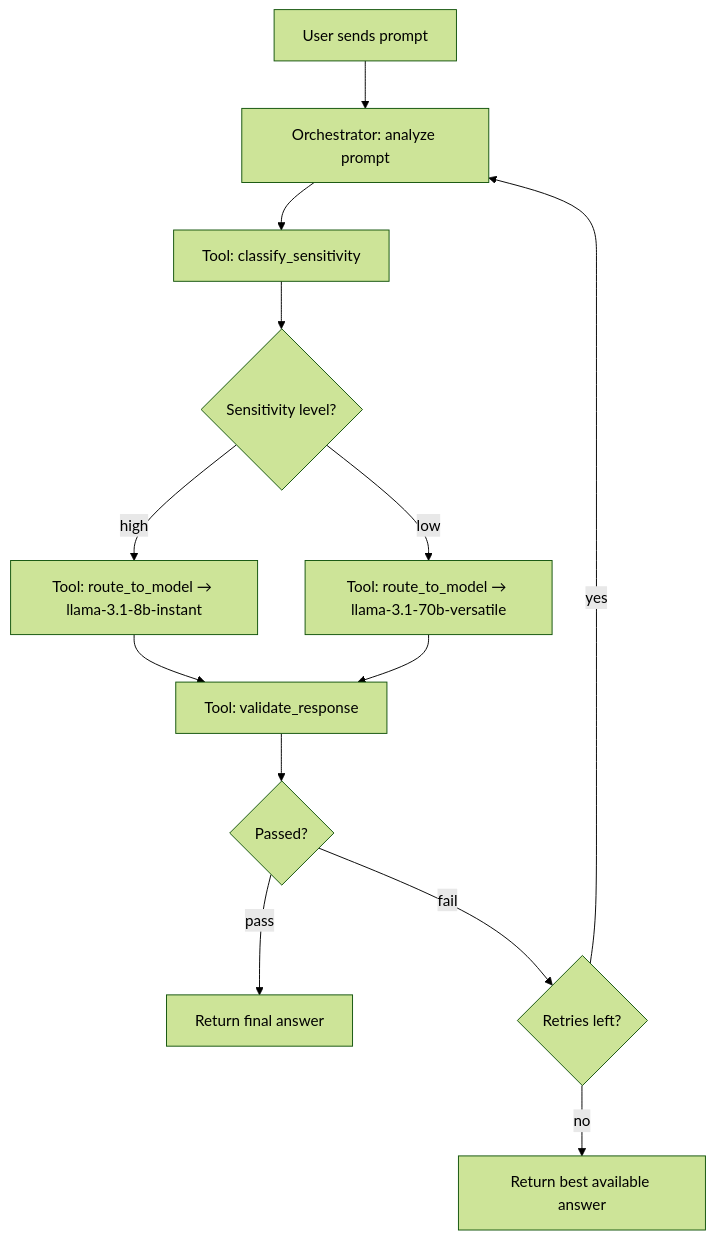
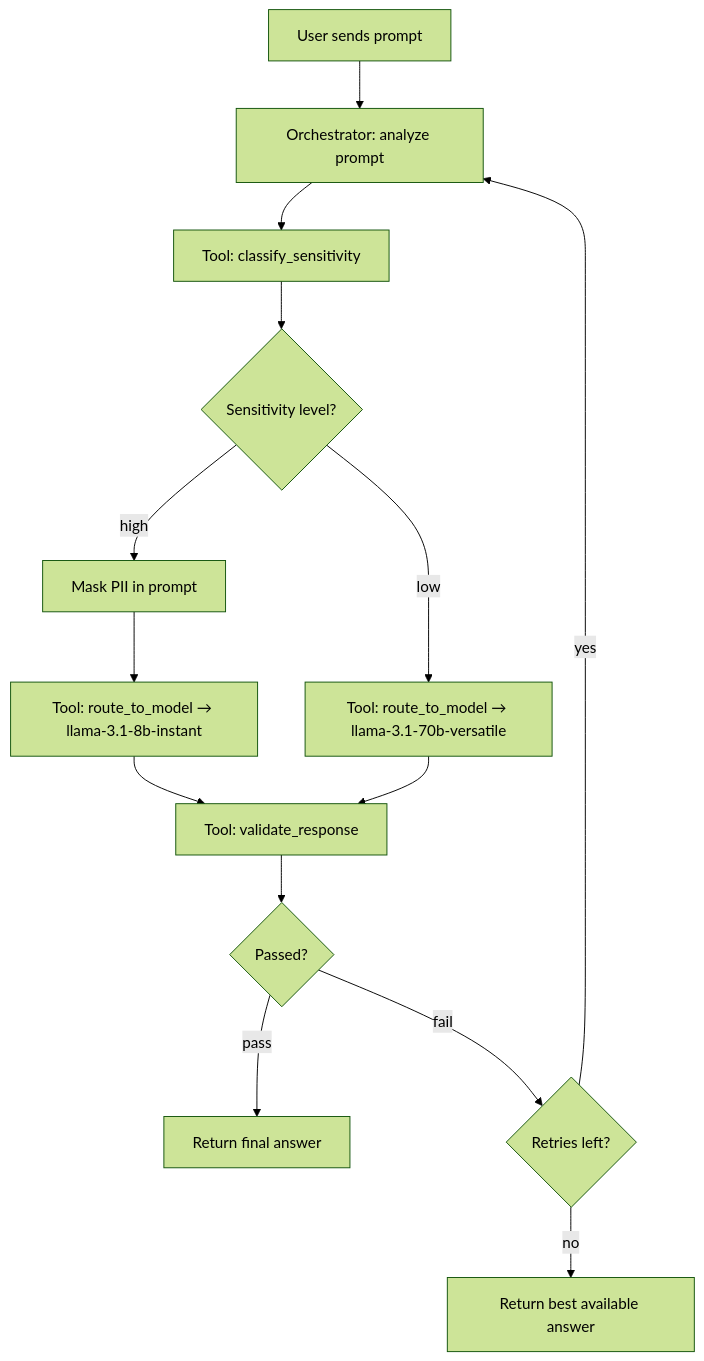
The diagram in README.md (Abdriano95/c1tai1-lab2-prompt-router), drawn with Mermaid (forest theme) before and after one commit. The commit also changed other lines of this file, not shown here.

Commit message:
update: enhance README to reflect PII masking implementation, update routing accuracy to 100%, and clarify evaluation results and system architecture

````diff
--- a/README.md
+++ b/README.md
@@ -74,15 +75,16 @@
 ```mermaid
 flowchart TD
     START[User sends prompt] --> PLAN[Orchestrator: analyze prompt]
     PLAN --> CLASSIFY[Tool: classify_sensitivity]
     CLASSIFY --> DECIDE{Sensitivity level?}
-    DECIDE -- high --> SECURE[Tool: route_to_model → llama-3.1-8b-instant]
+    DECIDE -- high --> MASK[Mask PII in prompt]
     DECIDE -- low --> CLOUD[Tool: route_to_model → llama-3.1-70b-versatile]
+    MASK --> SECURE[Tool: route_to_model → llama-3.1-8b-instant]
     SECURE --> VALIDATE[Tool: validate_response]
     CLOUD --> VALIDATE
     VALIDATE --> CHECK{Passed?}
     CHECK -- pass --> DONE[Return final answer]
     CHECK -- fail --> RETRY{Retries left?}
     RETRY -- yes --> PLAN
     RETRY -- no --> FALLBACK[Return best available answer]
 ```
````
